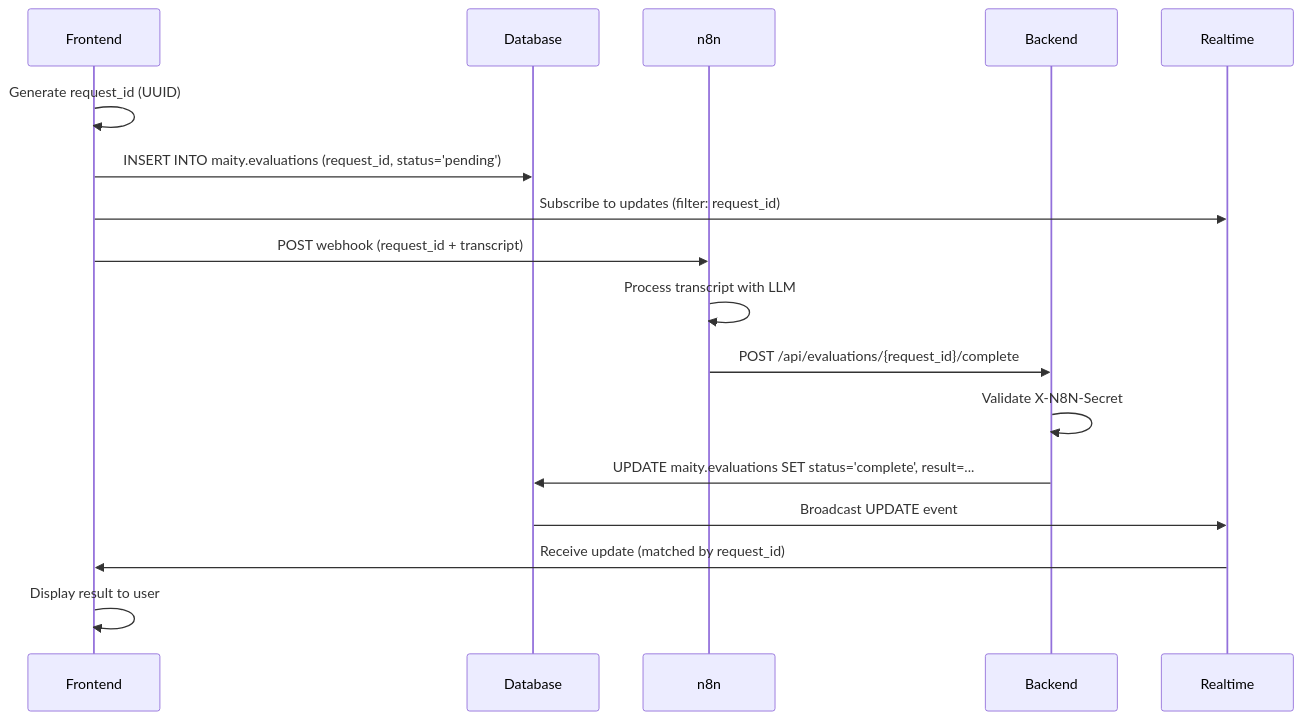
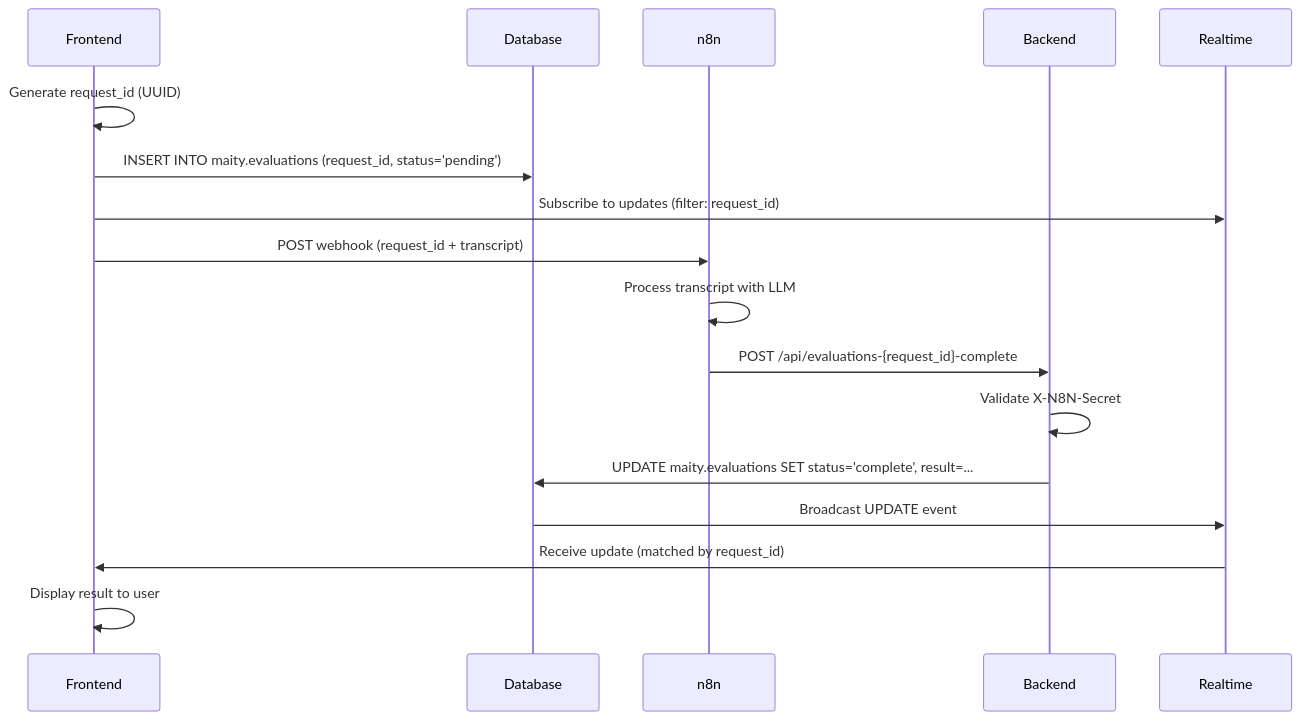
The first of 2 diagrams in docs/n8n-evaluation-integration.md (Sixale730/maity), drawn with Mermaid before and after one commit. The commit also changed other lines of this file and 2 other files, not shown here.

````diff
--- a/docs/n8n-evaluation-integration.md
+++ b/docs/n8n-evaluation-integration.md
@@ -388,20 +397,20 @@
 ```mermaid
 sequenceDiagram
     participant Frontend
     participant Database
     participant n8n
     participant Backend
     participant Realtime
 
     Frontend->>Frontend: Generate request_id (UUID)
     Frontend->>Database: INSERT INTO maity.evaluations (request_id, status='pending')
     Frontend->>Realtime: Subscribe to updates (filter: request_id)
     Frontend->>n8n: POST webhook (request_id + transcript)
     n8n->>n8n: Process transcript with LLM
-    n8n->>Backend: POST /api/evaluations/{request_id}/complete
+    n8n->>Backend: POST /api/evaluations-{request_id}-complete
     Backend->>Backend: Validate X-N8N-Secret
     Backend->>Database: UPDATE maity.evaluations SET status='complete', result=...
     Database->>Realtime: Broadcast UPDATE event
     Realtime->>Frontend: Receive update (matched by request_id)
     Frontend->>Frontend: Display result to user
 ```
````
